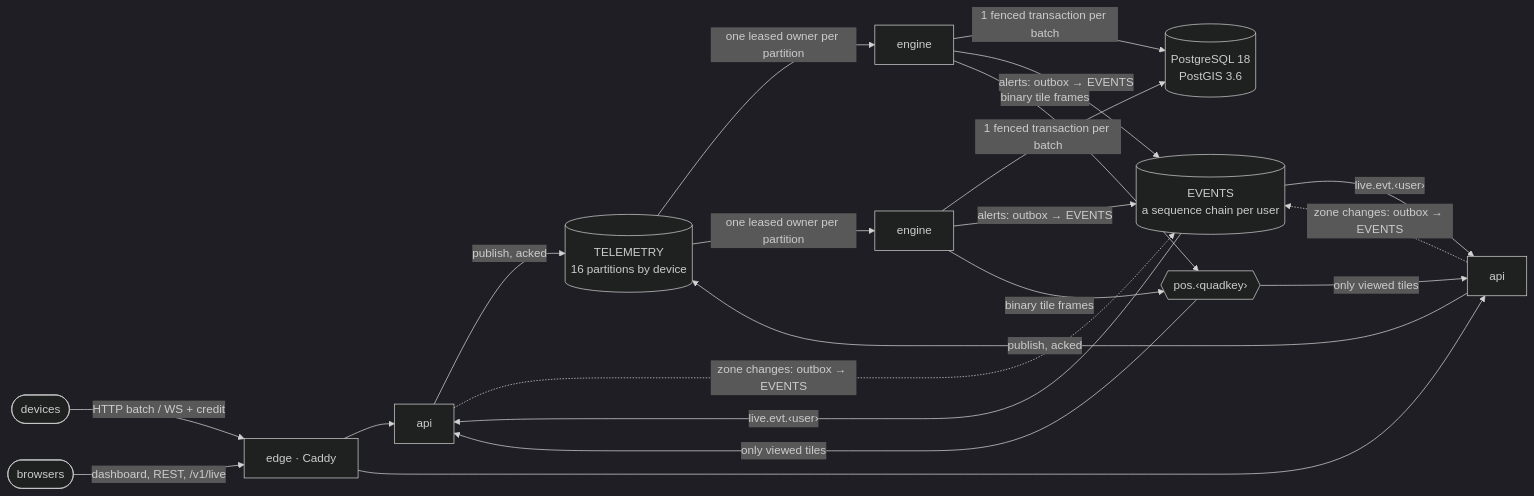
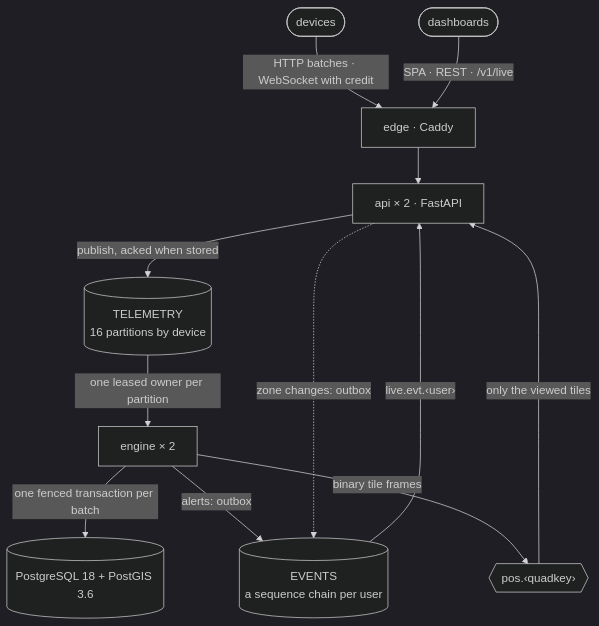
The diagram in README.md (r-maniuk/perimeter), drawn with Mermaid (dark theme) before and after one commit.

Commit message:
docs: draw the architecture top to bottom so it reads at the readme's width

````diff
--- a/README.md
+++ b/README.md
@@ -95,14 +95,14 @@
 ```mermaid
-flowchart LR
-    devices([devices]) -- "HTTP batch / WS + credit" --> edge
-    browsers([browsers]) -- "dashboard, REST, /v1/live" --> edge
-    edge[edge · Caddy] --> api1[api] & api2[api]
-    api1 & api2 -- "publish, acked" --> tlm[("TELEMETRY<br/>16 partitions by device")]
-    tlm -- "one leased owner per partition" --> eng1[engine] & eng2[engine]
-    eng1 & eng2 -- "1 fenced transaction per batch" --> pg[("PostgreSQL 18<br/>PostGIS 3.6")]
-    eng1 & eng2 -- "alerts: outbox → EVENTS" --> evt[("EVENTS<br/>a sequence chain per user")]
-    api1 & api2 -. "zone changes: outbox → EVENTS" .-> evt
-    eng1 & eng2 -- "binary tile frames" --> pos{{"pos.‹quadkey›"}}
-    evt -- "live.evt.‹user›" --> api1 & api2
-    pos -- "only viewed tiles" --> api1 & api2
+flowchart TB
+    devices(["devices"]) -- "HTTP batches · WebSocket with credit" --> edge
+    browsers(["dashboards"]) -- "SPA · REST · /v1/live" --> edge
+    edge["edge · Caddy"] --> api["api × 2 · FastAPI"]
+    api -- "publish, acked when stored" --> tlm[("TELEMETRY<br/>16 partitions by device")]
+    tlm -- "one leased owner per partition" --> engine["engine × 2"]
+    engine -- "one fenced transaction per batch" --> pg[("PostgreSQL 18 + PostGIS 3.6")]
+    engine -- "alerts: outbox" --> evt[("EVENTS<br/>a sequence chain per user")]
+    engine -- "binary tile frames" --> pos{{"pos.‹quadkey›"}}
+    evt -- "live.evt.‹user›" --> api
+    pos -- "only the viewed tiles" --> api
+    api -. "zone changes: outbox" .-> evt
 ```
````
